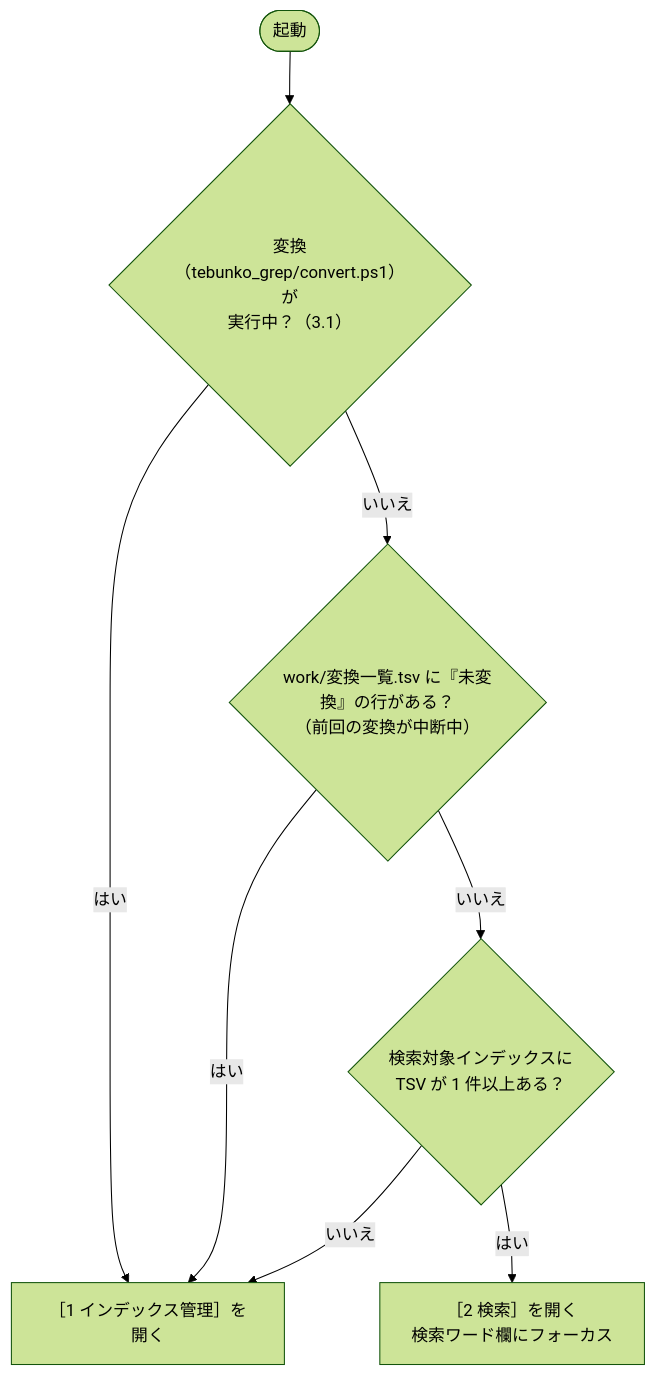
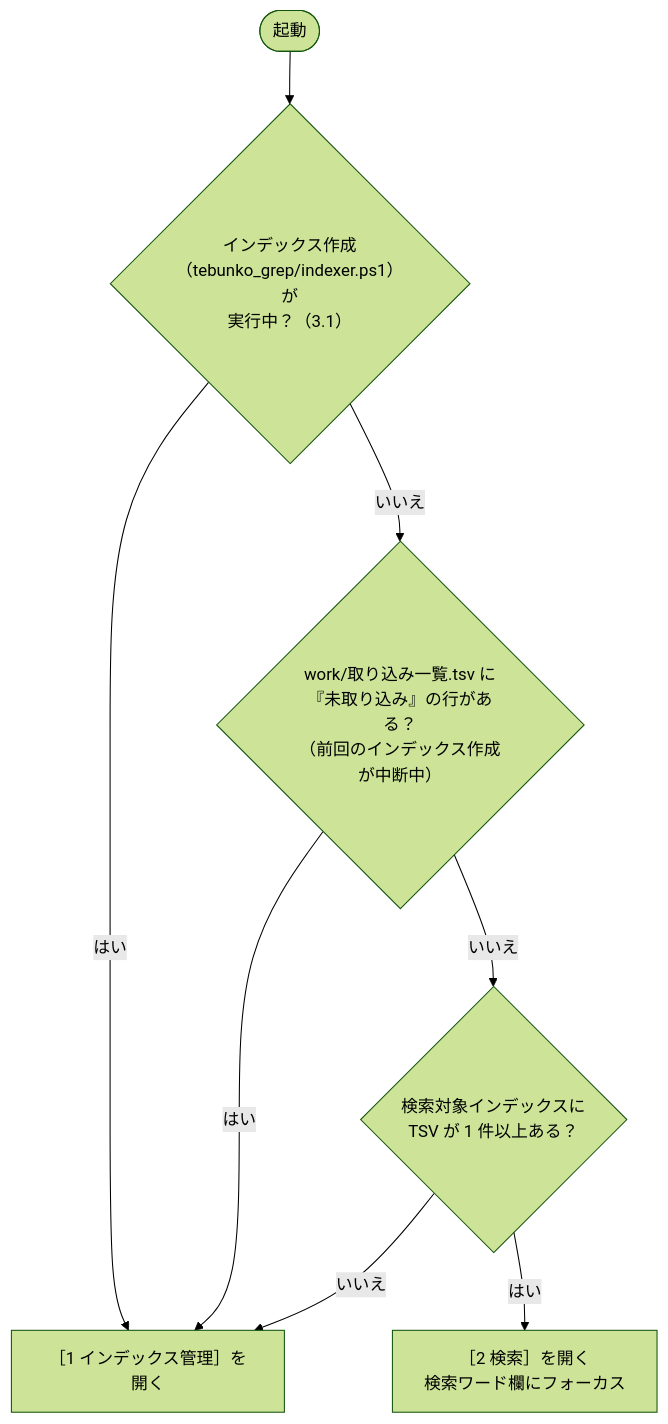
The diagram in docs/03_画面.md (hsgwa/tebunko), drawn with Mermaid (forest theme) before and after one commit. The commit also changed other lines of this file and 98 other files, not shown here.

````diff
--- a/docs/03_画面.md
+++ b/docs/03_画面.md
@@ -97,10 +97,10 @@
 ```mermaid
 flowchart TD
-    S(["起動"]) --> R{"変換（tebunko_grep/convert.ps1）が<br>実行中？（3.1）"}
+    S(["起動"]) --> R{"インデックス作成（tebunko_grep/indexer.ps1）が<br>実行中？（3.1）"}
     R -- はい --> T1
-    R -- いいえ --> A{"work/変換一覧.tsv に『未変換』の行がある？<br>（前回の変換が中断中）"}
+    R -- いいえ --> A{"work/取り込み一覧.tsv に『未取り込み』の行がある？<br>（前回のインデックス作成が中断中）"}
     A -- はい --> T1["［1 インデックス管理］を開く"]
     A -- いいえ --> B{"検索対象インデックスに<br>TSV が 1 件以上ある？"}
     B -- いいえ --> T1
     B -- はい --> T2["［2 検索］を開く<br>検索ワード欄にフォーカス"]
 ```
````
